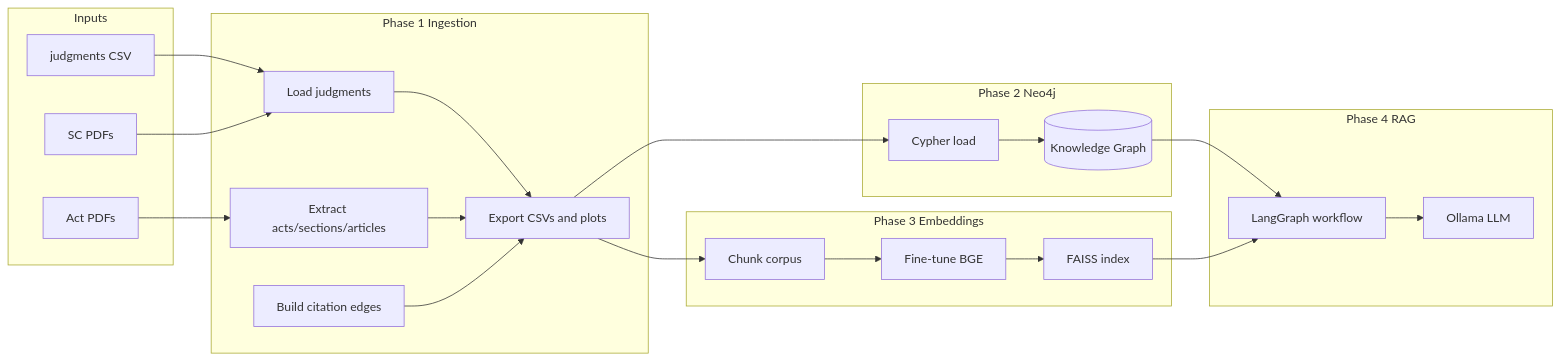
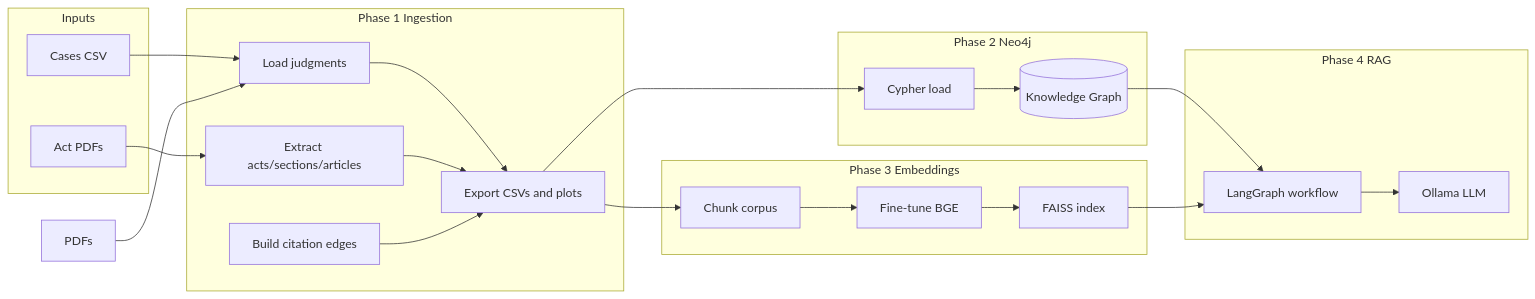
The diagram in Documentation/Architecture.md (AtharvTrivedi21/LegalRAG-KnowledgeGraph), drawn with Mermaid before and after one commit.

````diff
--- a/Documentation/Architecture.md
+++ b/Documentation/Architecture.md
@@ -16,46 +16,45 @@
 ```mermaid
 flowchart LR
   subgraph inputs [Inputs]
-    CSV[judgments CSV]
-    PDFs[SC PDFs]
+    CSV[Cases CSV]
     Acts[Act PDFs]
   end
 
   subgraph phase1 [Phase 1 Ingestion]
     Load[Load judgments]
     Extract[Extract acts/sections/articles]
     Edges[Build citation edges]
     Export[Export CSVs and plots]
   end
 
   subgraph phase2 [Phase 2 Neo4j]
     Cypher[Cypher load]
     KG[(Knowledge Graph)]
   end
 
   subgraph phase3 [Phase 3 Embeddings]
     Chunk[Chunk corpus]
     Finetune[Fine-tune BGE]
     FAISS[FAISS index]
   end
 
   subgraph phase4 [Phase 4 RAG]
     LangGraph[LangGraph workflow]
     Ollama[Ollama LLM]
   end
 
   CSV --> Load
   PDFs --> Load
   Load --> Export
   Acts --> Extract
   Extract --> Export
   Edges --> Export
   Export --> Cypher
   Export --> Chunk
   Cypher --> KG
   Chunk --> Finetune
   Finetune --> FAISS
   KG --> LangGraph
   FAISS --> LangGraph
   LangGraph --> Ollama
 ```
````
